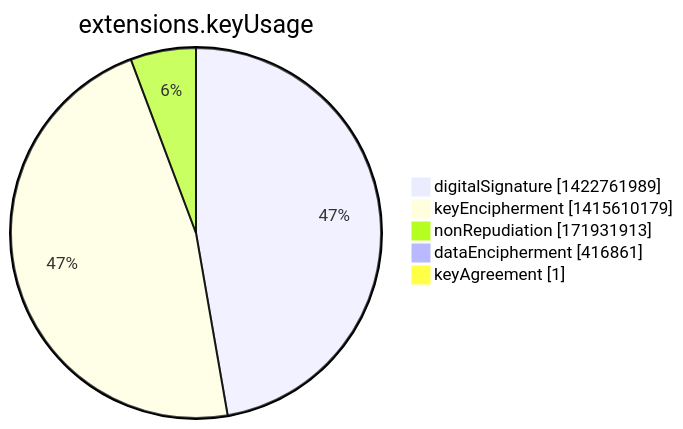
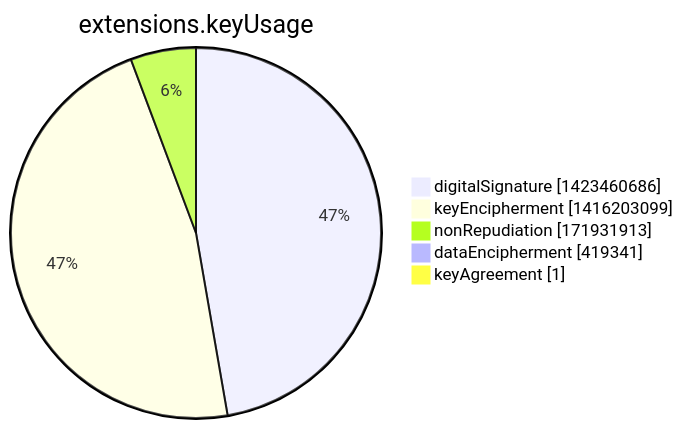
The seventh of 15 diagrams in argon2022/README.md (christiankrug/ctmonitor_visualization), drawn with Mermaid before and after one commit. The commit also changed other lines of this file, not shown here.

````diff
--- a/argon2022/README.md
+++ b/argon2022/README.md
@@ -2751,9 +2751,9 @@
 ```mermaid
 pie showData
 title extensions.keyUsage
-"digitalSignature" :1422761989
-"keyEncipherment" :1415610179
+"digitalSignature" :1423460686
+"keyEncipherment" :1416203099
 "nonRepudiation" :171931913
-"dataEncipherment" :416861
+"dataEncipherment" :419341
 "keyAgreement" :1
 ```
````
